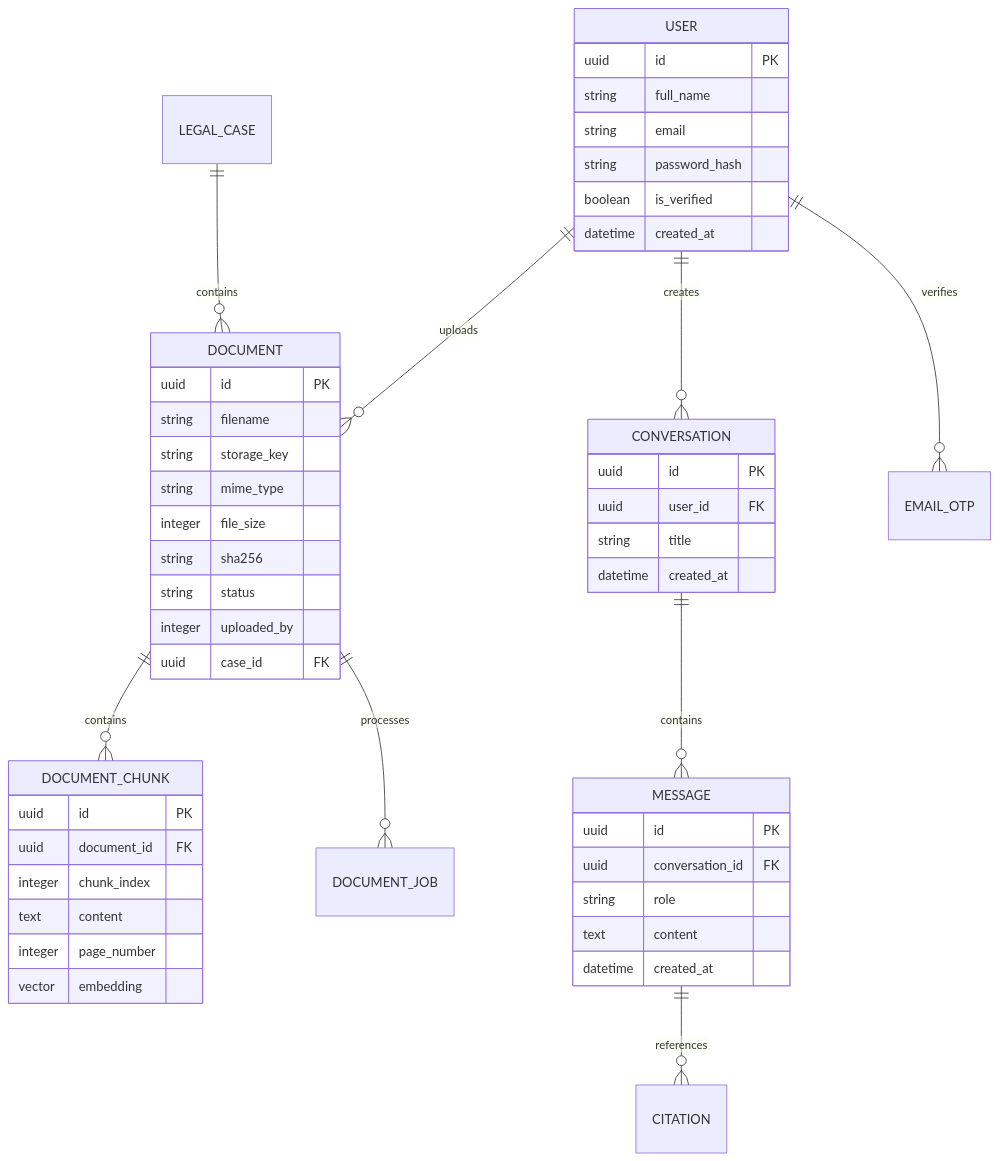
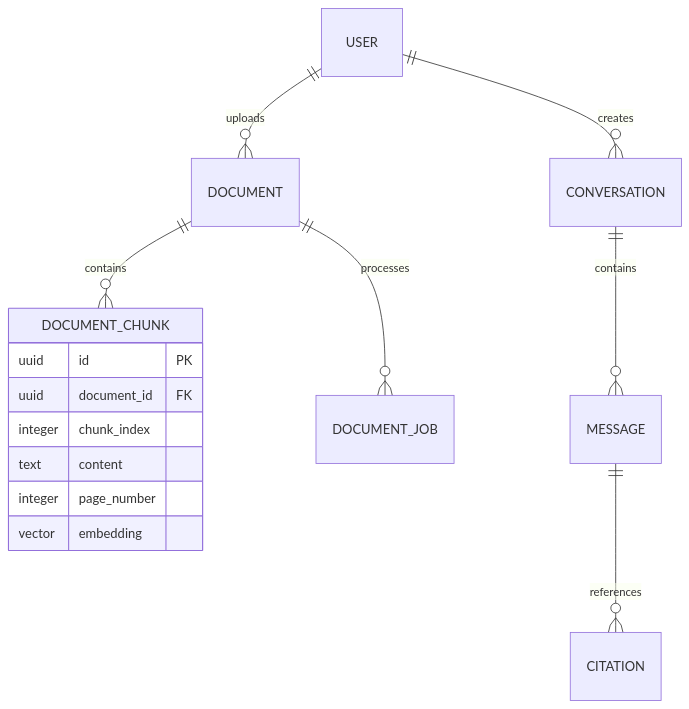
Before and after one commit to ayushrajput545/NyayaAI: the sixth of 6 diagrams in Readme.md, drawn with Mermaid. The commit also changed other lines of this file, not shown here.

````diff
--- a/Readme.md
+++ b/Readme.md
@@ -932,58 +339,18 @@
 ```mermaid
 erDiagram
     USER ||--o{ DOCUMENT : uploads
     USER ||--o{ CONVERSATION : creates
-    USER ||--o{ EMAIL_OTP : verifies
-    
-    LEGAL_CASE ||--o{ DOCUMENT : contains
     DOCUMENT ||--o{ DOCUMENT_CHUNK : contains
     DOCUMENT ||--o{ DOCUMENT_JOB : processes
-    
     CONVERSATION ||--o{ MESSAGE : contains
     MESSAGE ||--o{ CITATION : references
-    
-    USER {
-        uuid id PK
-        string full_name
-        string email
-        string password_hash
-        boolean is_verified
-        datetime created_at
-    }
-    
-    DOCUMENT {
-        uuid id PK
-        string filename
-        string storage_key
-        string mime_type
-        integer file_size
-        string sha256
-        string status
-        integer uploaded_by
-        uuid case_id FK
-    }
-    
+
     DOCUMENT_CHUNK {
         uuid id PK
         uuid document_id FK
         integer chunk_index
         text content
         integer page_number
         vector embedding
     }
-    
-    CONVERSATION {
-        uuid id PK
-        uuid user_id FK
-        string title
-        datetime created_at
-    }
-    
-    MESSAGE {
-        uuid id PK
-        uuid conversation_id FK
-        string role
-        text content
-        datetime created_at
-    }
 ```
````
